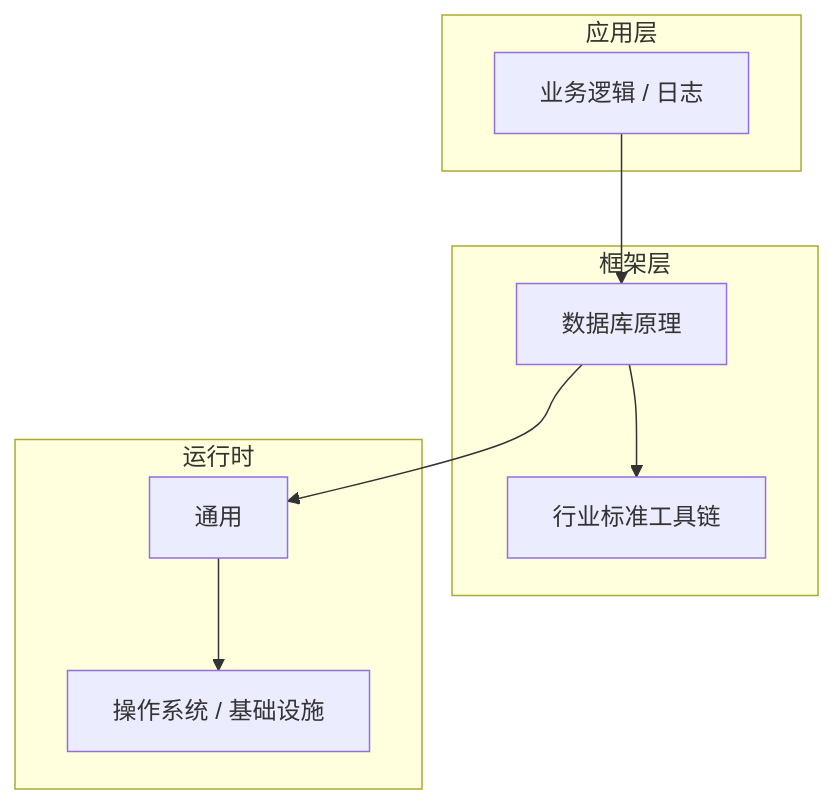
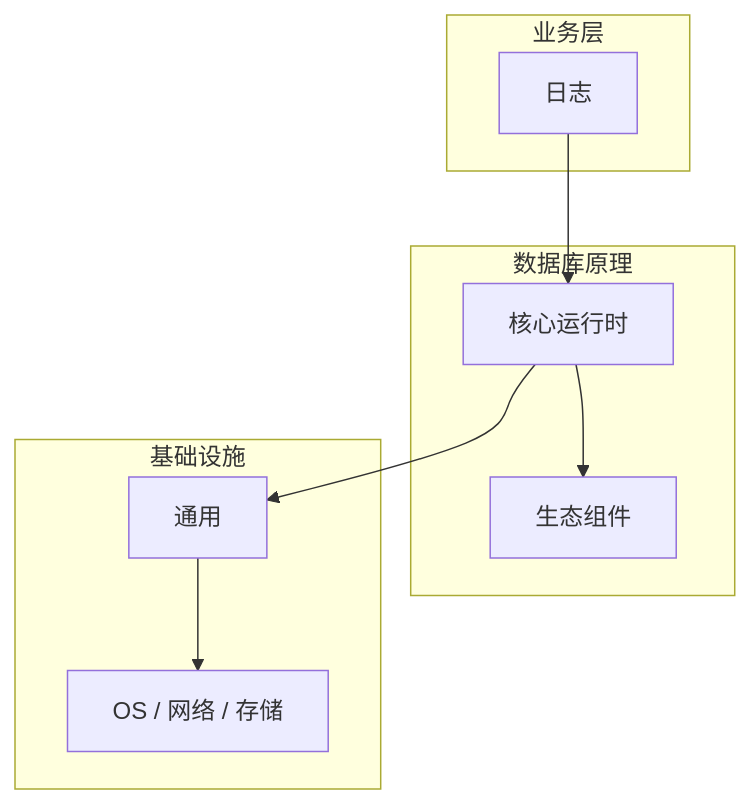
The diagram in articles/数据库原理/chapters/079-日志核心概念与原理.md (yanggan2015/knowledge-json-v2), drawn with Mermaid before and after one commit. The commit also changed other lines of this file and 10127 other files, not shown here.

````diff
--- a/articles/数据库原理/chapters/079-日志核心概念与原理.md
+++ b/articles/数据库原理/chapters/079-日志核心概念与原理.md
@@ -45,18 +34,18 @@
 ```mermaid
 graph TB
-    subgraph 应用层
-        A[业务逻辑 / 日志]
+    subgraph 业务层
+        A[日志]
     end
-    subgraph 框架层
-        B[数据库原理]
-        C[行业标准工具链]
+    subgraph 数据库原理
+        B[核心运行时]
+        C[生态组件]
     end
-    subgraph 运行时
+    subgraph 基础设施
         D[通用]
-        E[操作系统 / 基础设施]
+        E[OS / 网络 / 存储]
     end
     A --> B
     B --> C
     B --> D
     D --> E
 ```
````
